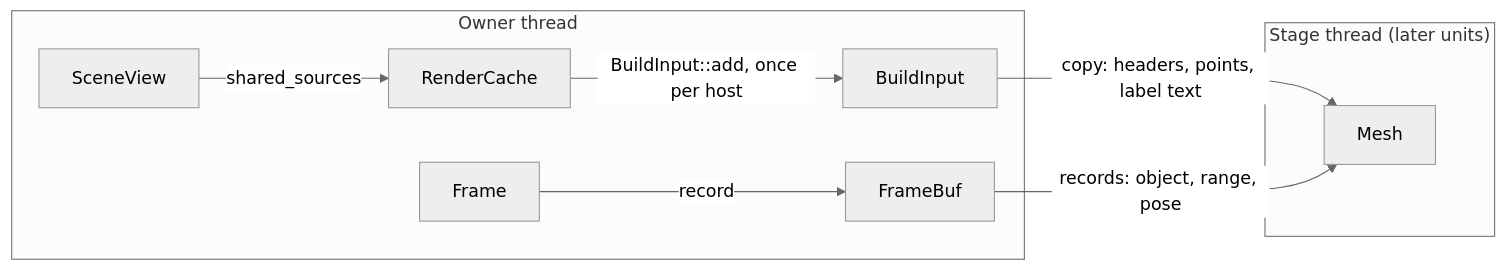
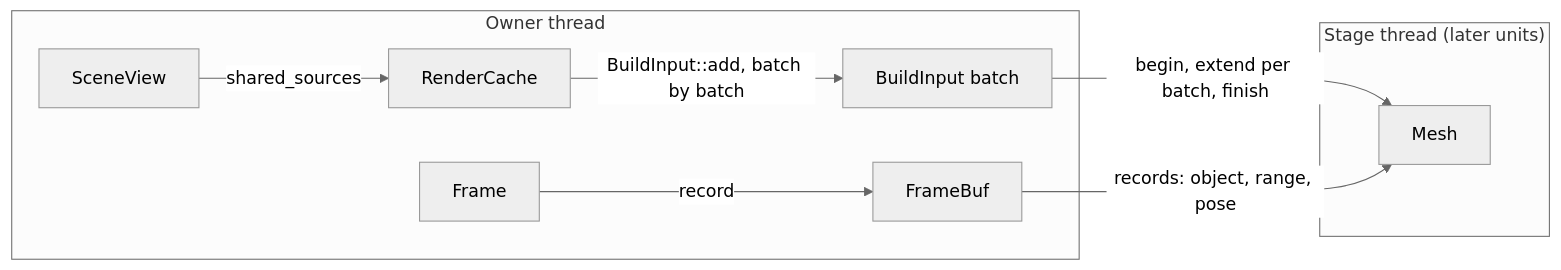
One commit to labcoder/capsula changed the diagram in docs/development/render.md. Above: the diagram before and after it, drawn with Mermaid (neutral theme). The commit also changed other lines of this file and 14 other files, not shown here.

````diff
--- a/docs/development/render.md
+++ b/docs/development/render.md
@@ -28,13 +38,13 @@
 ```mermaid
 flowchart LR
   subgraph owner["Owner thread"]
     view["SceneView"] -->|shared_sources| cache["RenderCache"]
-    cache -->|"BuildInput::add, once per host"| input["BuildInput"]
+    cache -->|"BuildInput::add, batch by batch"| input["BuildInput batch"]
     frame["Frame"] -->|record| buf["FrameBuf"]
   end
   subgraph stage["Stage thread (later units)"]
     mesh["Mesh"]
   end
-  input -->|"copy: headers, points, label text"| mesh
+  input -->|"begin, extend per batch, finish"| mesh
   buf -->|"records: object, range, pose"| mesh
 ```
````
